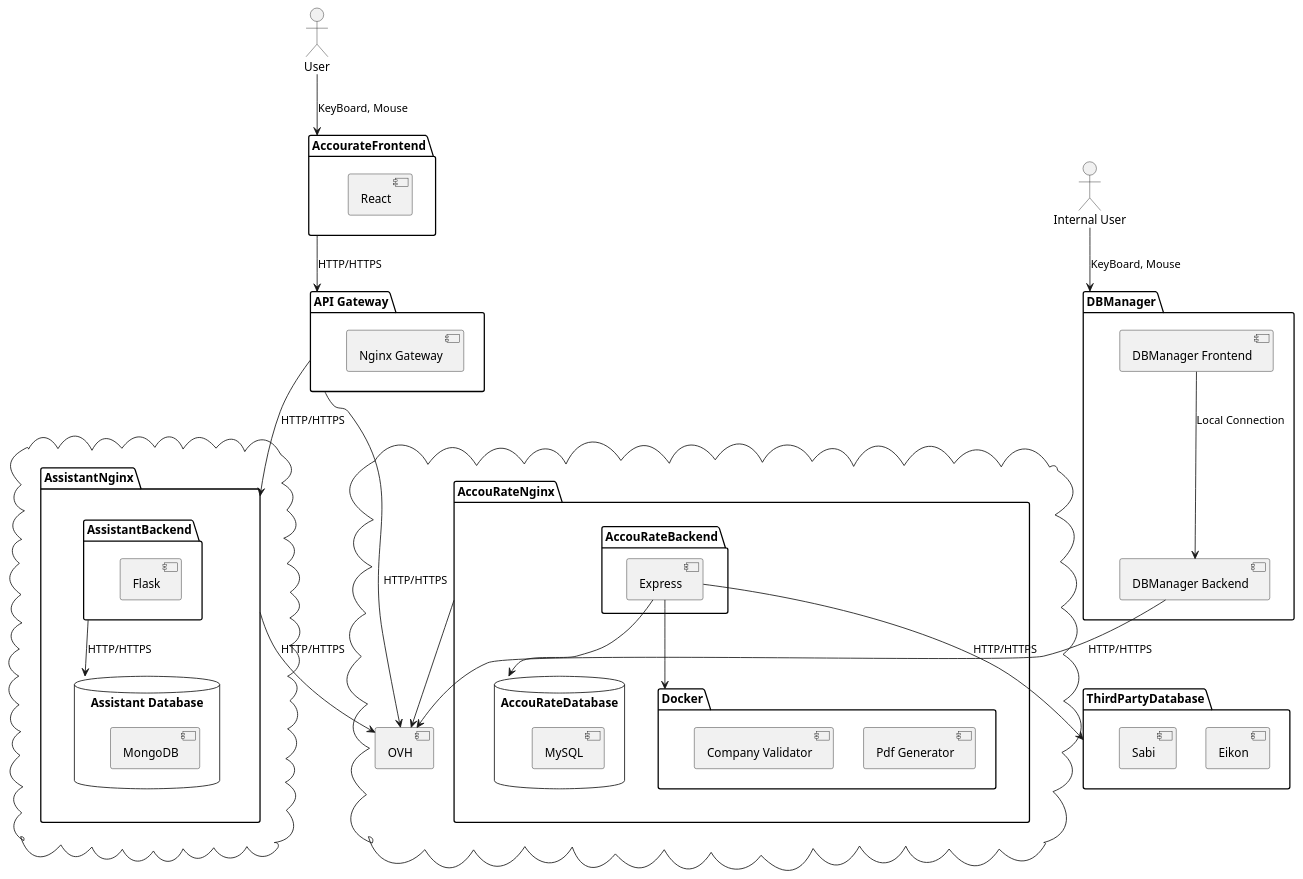
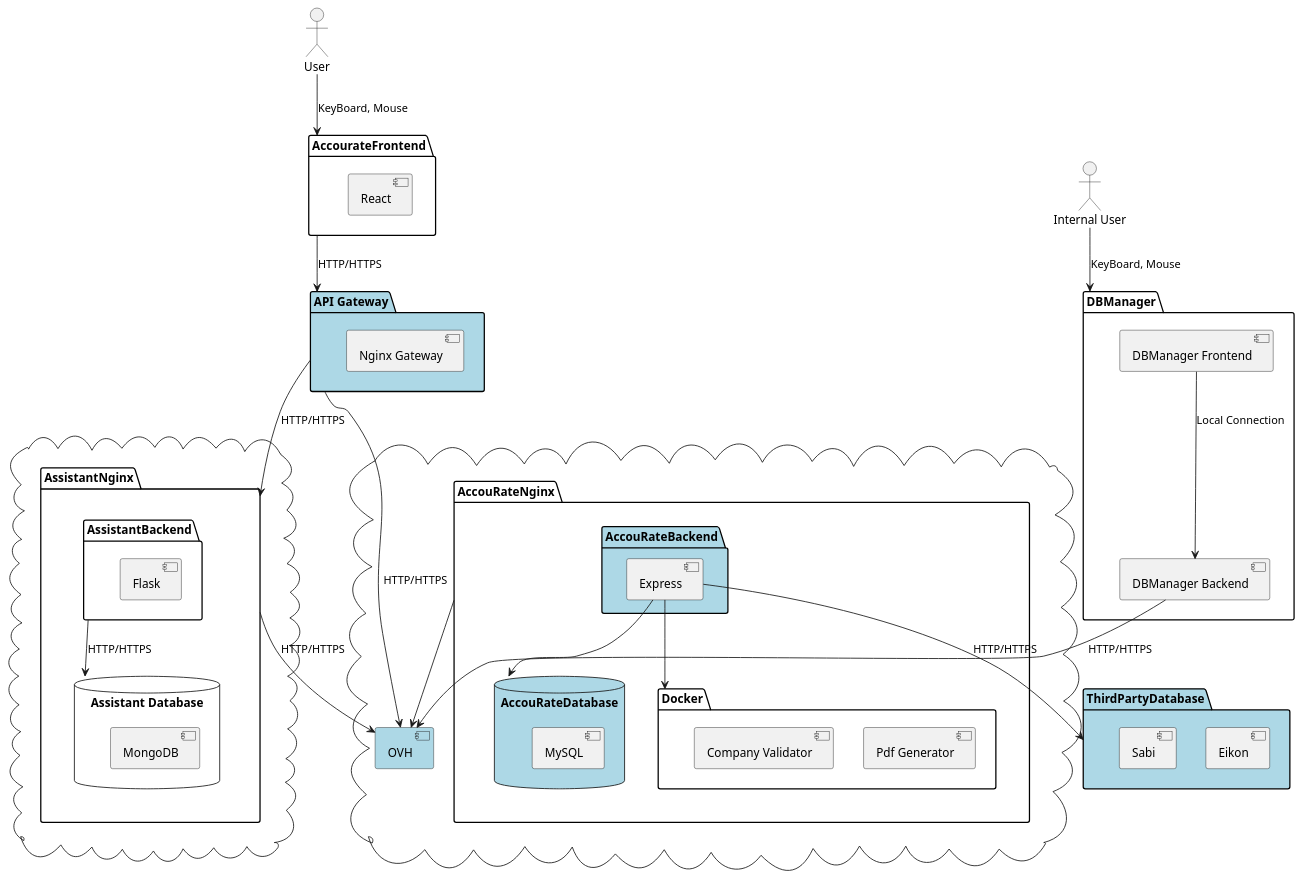
One commit to Haopeng138/UML changed the diagram in DiagramaComponentes.puml. Above: the diagram before and after it, drawn with PlantUML. The commit also changed 2 other files, not shown here.

```diff
--- a/DiagramaComponentes.puml
+++ b/DiagramaComponentes.puml
@@ -1,69 +1,71 @@
 @startuml "Diagrama de Componentes"
 
+
+
 cloud {
-    [OVH]
+    [OVH] #LightBlue
     package "AccouRateNginx" {
-        folder "AccouRateBackend" {
+        folder "AccouRateBackend" #LightBlue{
             [Express]
         }
-        database "AccouRateDatabase" {
+        database "AccouRateDatabase" #LightBlue{
             [MySQL]
         }
         folder "Docker" {
             [Pdf Generator]
             [Company Validator]
         }
     }
 }
 
 cloud {
     package "AssistantNginx" {
         folder "AssistantBackend" {
             [Flask]
         }
         database "Assistant Database" {
             [MongoDB]
         }
     }
 }
 
-package "API Gateway" {
+package "API Gateway" #LightBlue{
     [Nginx Gateway]
 }
 
-package "ThirdPartyDatabase" {
+package "ThirdPartyDatabase" #LightBlue {
     [Eikon]
     [Sabi]
 }
 
 package "AccourateFrontend" {
     [React]
 }
 
 package "DBManager" {
     [DBManager Backend]
     [DBManager Frontend]
 }
 
 actor "User" as User
 actor "Internal User" as InternalUser
 
 User --> [AccourateFrontend] : KeyBoard, Mouse
 InternalUser --> [DBManager] : KeyBoard, Mouse
 
 [Express] --> [AccouRateDatabase] 
 [Express] --> [Docker] 
 [Express] --> [ThirdPartyDatabase] : HTTP/HTTPS
 
 [AccouRateNginx] --> [OVH]
 [API Gateway] --> [OVH] : HTTP/HTTPS
 
 [DBManager Frontend] --> [DBManager Backend] : Local Connection
 [DBManager Backend] --> [OVH] : HTTP/HTTPS
 
 [AccourateFrontend] --> [API Gateway] : HTTP/HTTPS
 [API Gateway] --> [AssistantNginx] : HTTP/HTTPS
 [AssistantBackend] --> [Assistant Database] : HTTP/HTTPS
 [AssistantNginx] --> [OVH] : HTTP/HTTPS
 
 @enduml
```
